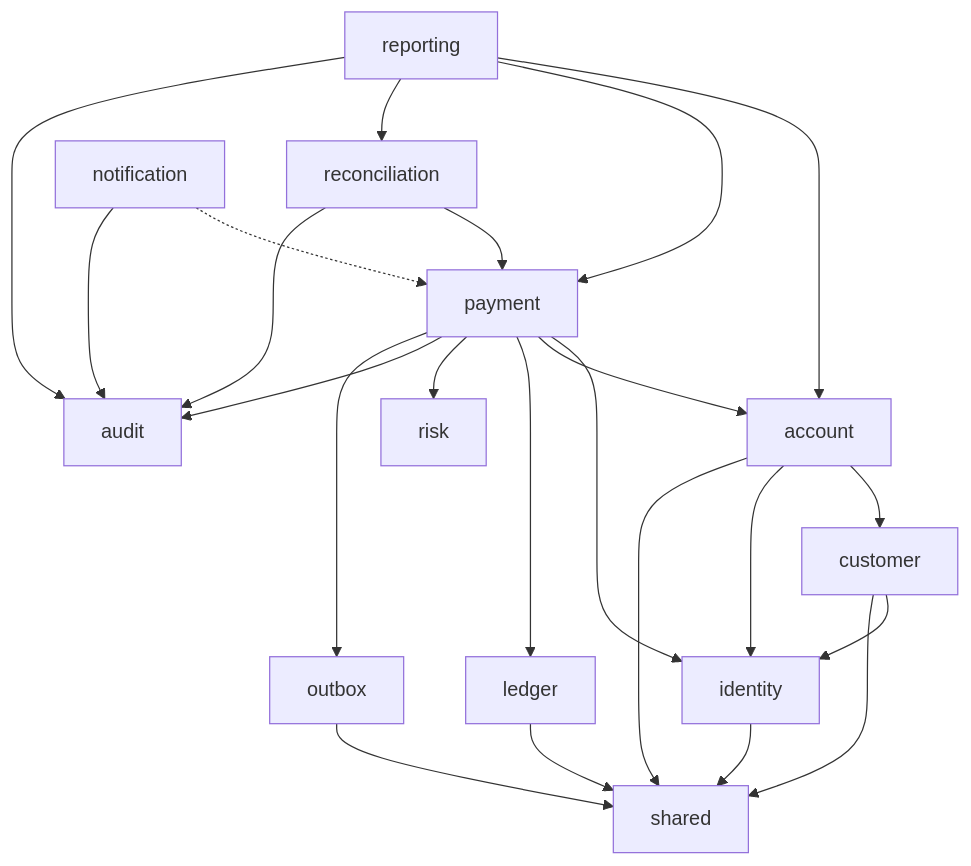
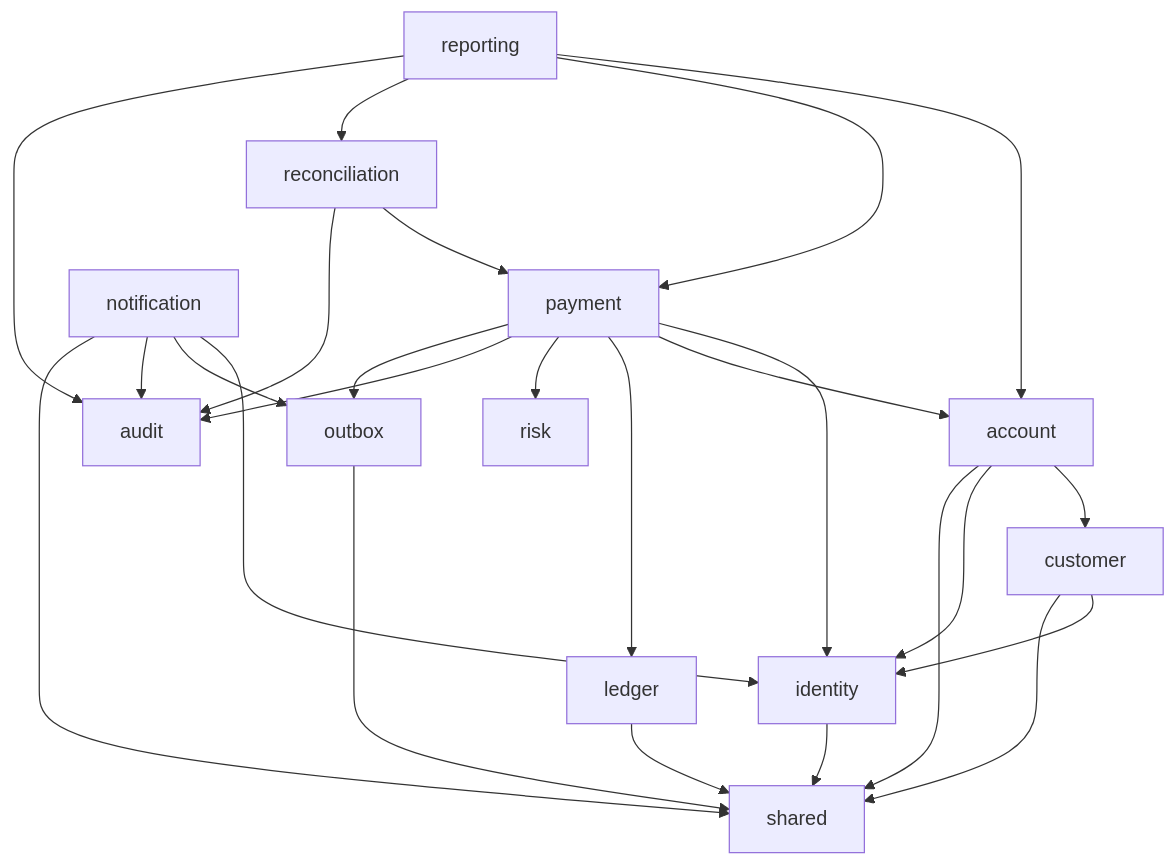
The third of 5 diagrams in docs/architecture/overview.md (SamHarrison1999/event-driven-payments-platform), drawn with Mermaid before and after one commit. The commit also changed other lines of this file and 8 other files, not shown here.

````diff
--- a/docs/architecture/overview.md
+++ b/docs/architecture/overview.md
@@ -217,38 +222,40 @@
 ```mermaid
 flowchart TB
     identity["identity"]
     customer["customer"]
     account["account"]
     payment["payment"]
     ledger["ledger"]
     risk["risk"]
     reconciliation["reconciliation"]
     notification["notification"]
     audit["audit"]
     reporting["reporting"]
     outbox["outbox"]
     shared["shared"]
 
     identity --> shared
     customer --> identity
     customer --> shared
     account --> customer
     account --> identity
     account --> shared
     payment --> identity
     payment --> account
     payment --> ledger
     payment --> risk
     payment --> audit
     payment --> outbox
     outbox --> shared
     ledger --> shared
     reconciliation --> payment
     reconciliation --> audit
-    notification -.-> payment
+    notification --> identity
+    notification --> outbox
     notification --> audit
+    notification --> shared
     reporting --> account
     reporting --> payment
     reporting --> reconciliation
     reporting --> audit
 ```
````
